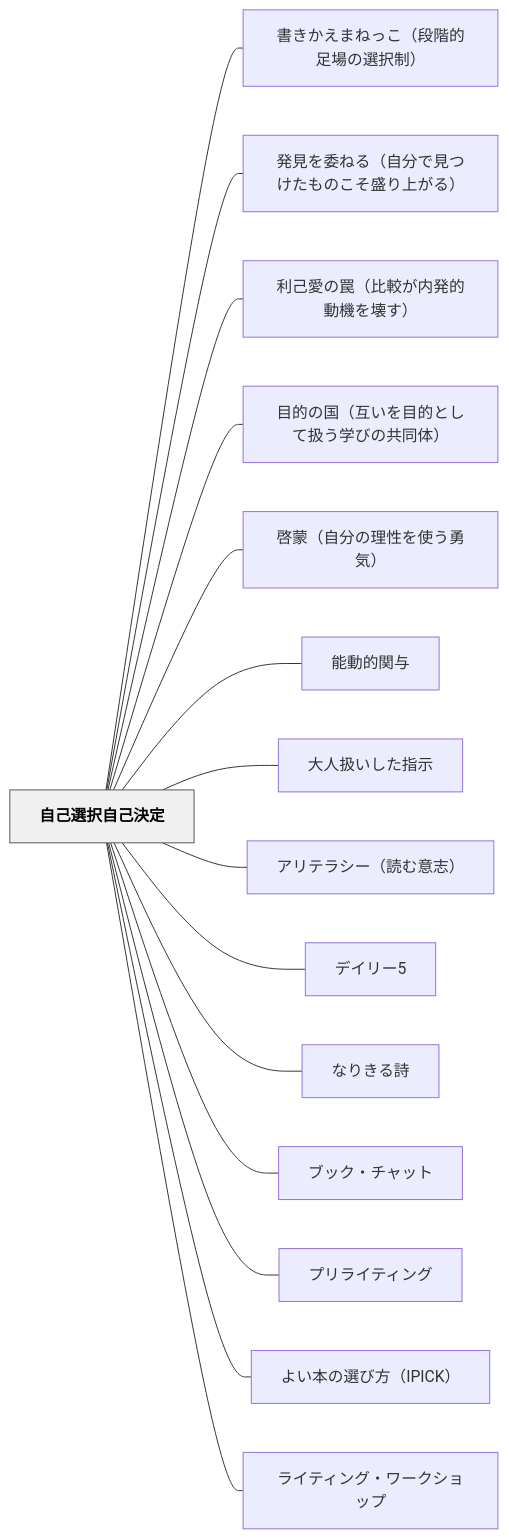
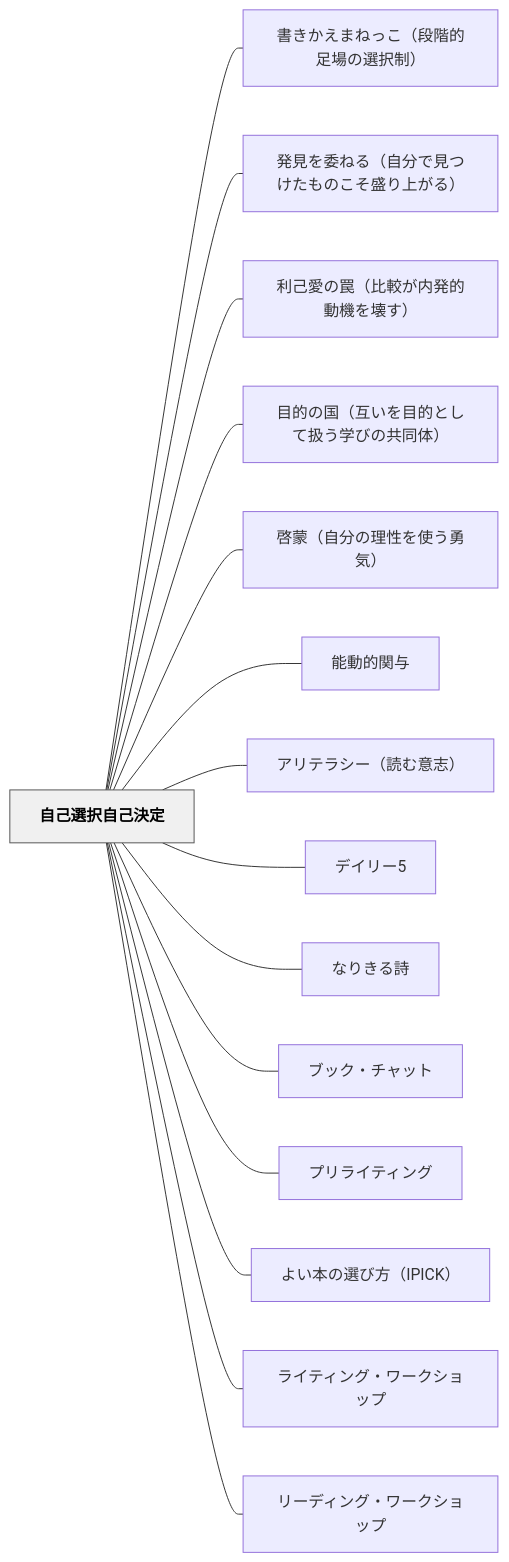
Before and after one commit to unknownthings-ed-patterns/unknownthings-ed-patterns: the diagram in content/パタン/自己選択自己決定.md, drawn with Mermaid. The commit also changed other lines of this file and 41 other files, not shown here.

````diff
--- a/content/パタン/自己選択自己決定.md
+++ b/content/パタン/自己選択自己決定.md
@@ -182,36 +182,36 @@
 ```mermaid
 flowchart LR
     ne887aae5b7b1e981b8e68a9ee887aae5b7b1e6b1bae5ae9a["自己選択自己決定"]
     ne69bb8e3818de3818be38188e381bee381ade381a3e38193efbc88e6aeb5e99a8ee79a84e8b6b3e5a0b4e381aee981b8e68a9ee588b6efbc89["書きかえまねっこ（段階的足場の選択制）"]
     ne799bae8a68be38292e5a794e381ade3828befbc88e887aae58886e381a7e8a68be381a4e38191e3819fe38282e381aee38193e3819de79b9be3828ae4b88ae3818ce3828befbc89["発見を委ねる（自分で見つけたものこそ盛り上がる）"]
     ne588a9e5b7b1e6849be381aee7bda0efbc88e6af94e8bc83e3818ce58685e799bae79a84e58b95e6a99fe38292e5a38ae38199efbc89["利己愛の罠（比較が内発的動機を壊す）"]
     ne79baee79a84e381aee59bbdefbc88e4ba92e38184e38292e79baee79a84e381a8e38197e381a6e689b1e38186e5ada6e381b3e381aee585b1e5908ce4bd93efbc89["目的の国（互いを目的として扱う学びの共同体）"]
     ne59593e89299efbc88e887aae58886e381aee79086e680a7e38292e4bdbfe38186e58b87e6b097efbc89["啓蒙（自分の理性を使う勇気）"]
     ne883bde58b95e79a84e996a2e4b88e["能動的関与"]
-    ne5a4a7e4babae689b1e38184e38197e3819fe68c87e7a4ba["大人扱いした指示"]
     ne382a2e383aae38386e383a9e382b7e383bcefbc88e8aaade38280e6848fe5bf97efbc89["アリテラシー（読む意志）"]
     ne38387e382a4e383aae383bc35["デイリー5"]
     ne381aae3828ae3818de3828be8a9a9["なりきる詩"]
     ne38396e38383e382afe383bbe38381e383a3e38383e38388["ブック・チャット"]
     ne38397e383aae383a9e382a4e38386e382a3e383b3e382b0["プリライティング"]
     ne38288e38184e69cace381aee981b8e381b3e696b9efbc88495049434befbc89["よい本の選び方（IPICK）"]
     ne383a9e382a4e38386e382a3e383b3e382b0e383bbe383afe383bce382afe382b7e383a7e38383e38397["ライティング・ワークショップ"]
+    ne383aae383bce38387e382a3e383b3e382b0e383bbe383afe383bce382afe382b7e383a7e38383e38397["リーディング・ワークショップ"]
 
     ne887aae5b7b1e981b8e68a9ee887aae5b7b1e6b1bae5ae9a --- ne69bb8e3818de3818be38188e381bee381ade381a3e38193efbc88e6aeb5e99a8ee79a84e8b6b3e5a0b4e381aee981b8e68a9ee588b6efbc89
     ne887aae5b7b1e981b8e68a9ee887aae5b7b1e6b1bae5ae9a --- ne799bae8a68be38292e5a794e381ade3828befbc88e887aae58886e381a7e8a68be381a4e38191e3819fe38282e381aee38193e3819de79b9be3828ae4b88ae3818ce3828befbc89
     ne887aae5b7b1e981b8e68a9ee887aae5b7b1e6b1bae5ae9a --- ne588a9e5b7b1e6849be381aee7bda0efbc88e6af94e8bc83e3818ce58685e799bae79a84e58b95e6a99fe38292e5a38ae38199efbc89
     ne887aae5b7b1e981b8e68a9ee887aae5b7b1e6b1bae5ae9a --- ne79baee79a84e381aee59bbdefbc88e4ba92e38184e38292e79baee79a84e381a8e38197e381a6e689b1e38186e5ada6e381b3e381aee585b1e5908ce4bd93efbc89
     ne887aae5b7b1e981b8e68a9ee887aae5b7b1e6b1bae5ae9a --- ne59593e89299efbc88e887aae58886e381aee79086e680a7e38292e4bdbfe38186e58b87e6b097efbc89
     ne887aae5b7b1e981b8e68a9ee887aae5b7b1e6b1bae5ae9a --- ne883bde58b95e79a84e996a2e4b88e
-    ne887aae5b7b1e981b8e68a9ee887aae5b7b1e6b1bae5ae9a --- ne5a4a7e4babae689b1e38184e38197e3819fe68c87e7a4ba
     ne887aae5b7b1e981b8e68a9ee887aae5b7b1e6b1bae5ae9a --- ne382a2e383aae38386e383a9e382b7e383bcefbc88e8aaade38280e6848fe5bf97efbc89
     ne887aae5b7b1e981b8e68a9ee887aae5b7b1e6b1bae5ae9a --- ne38387e382a4e383aae383bc35
     ne887aae5b7b1e981b8e68a9ee887aae5b7b1e6b1bae5ae9a --- ne381aae3828ae3818de3828be8a9a9
     ne887aae5b7b1e981b8e68a9ee887aae5b7b1e6b1bae5ae9a --- ne38396e38383e382afe383bbe38381e383a3e38383e38388
     ne887aae5b7b1e981b8e68a9ee887aae5b7b1e6b1bae5ae9a --- ne38397e383aae383a9e382a4e38386e382a3e383b3e382b0
     ne887aae5b7b1e981b8e68a9ee887aae5b7b1e6b1bae5ae9a --- ne38288e38184e69cace381aee981b8e381b3e696b9efbc88495049434befbc89
     ne887aae5b7b1e981b8e68a9ee887aae5b7b1e6b1bae5ae9a --- ne383a9e382a4e38386e382a3e383b3e382b0e383bbe383afe383bce382afe382b7e383a7e38383e38397
+    ne887aae5b7b1e981b8e68a9ee887aae5b7b1e6b1bae5ae9a --- ne383aae383bce38387e382a3e383b3e382b0e383bbe383afe383bce382afe382b7e383a7e38383e38397
 
     classDef hub fill:#f0f0f0,stroke:#555,color:#000,font-weight:bold
     class ne887aae5b7b1e981b8e68a9ee887aae5b7b1e6b1bae5ae9a hub
 ```
````
